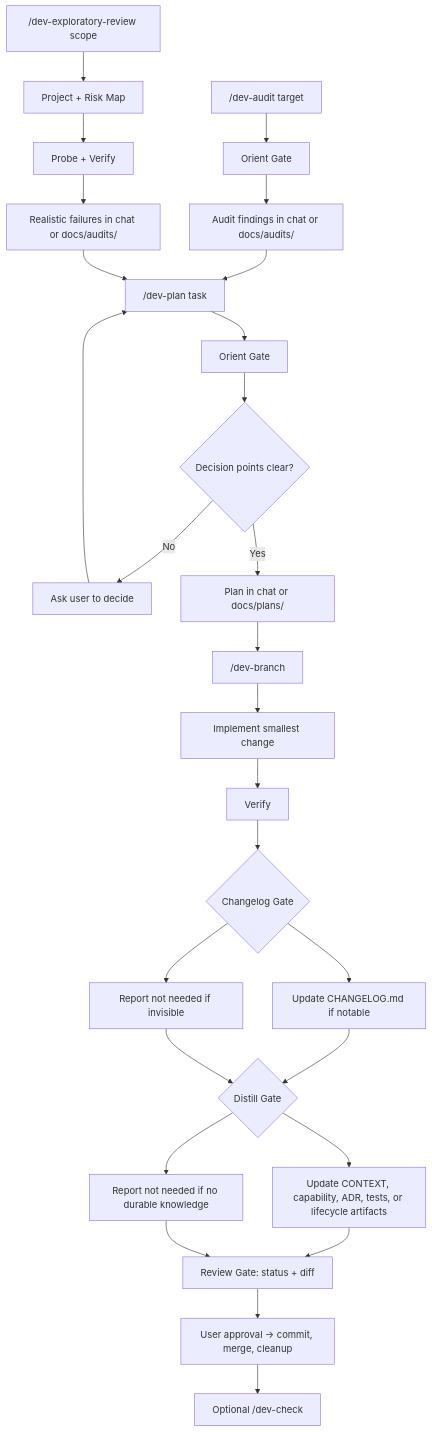
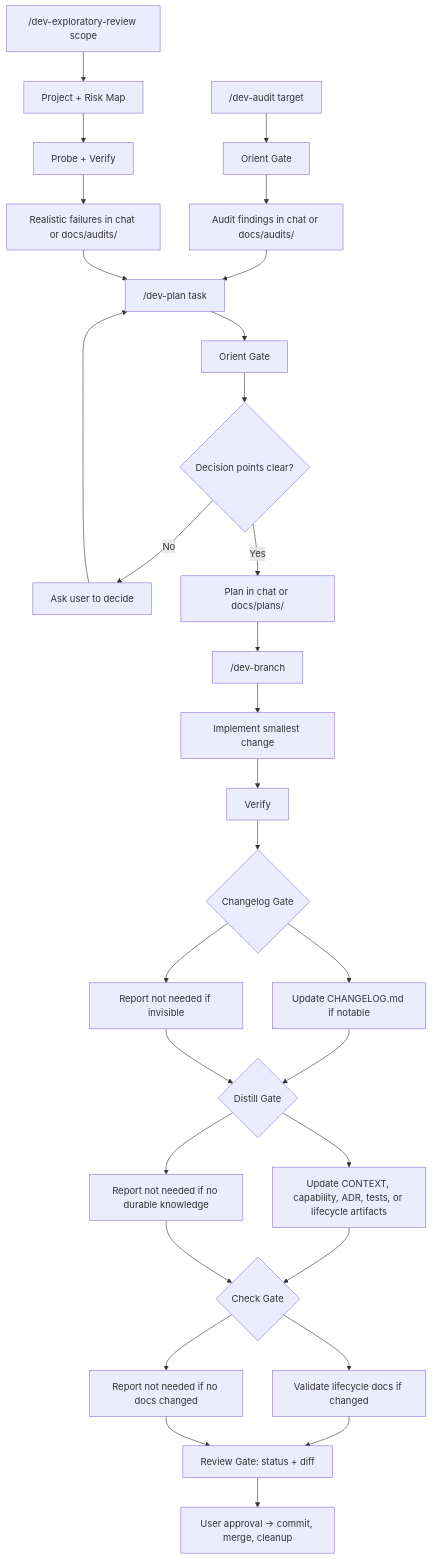
The diagram in README.md (cuber-hyk/dev-flow), drawn with Mermaid before and after one commit. The commit also changed other lines of this file and 33 other files, not shown here.

Commit message:
Harden Dev Flow audit lifecycle gates

````diff
--- a/README.md
+++ b/README.md
@@ -75,32 +75,35 @@
 ```mermaid
 flowchart TD
   P["/dev-plan task"] --> PO["Orient Gate"]
   PO --> PD{"Decision points clear?"}
   PD -- "No" --> U["Ask user to decide"]
   U --> P
   PD -- "Yes" --> PF["Plan in chat or docs/plans/"]
   PF --> B["/dev-branch"]
 
   A["/dev-audit target"] --> AO["Orient Gate"]
   AO --> AR["Audit findings in chat or docs/audits/"]
   AR --> P
 
   E["/dev-exploratory-review scope"] --> EM["Project + Risk Map"]
   EM --> EV["Probe + Verify"]
   EV --> ER["Realistic failures in chat or docs/audits/"]
   ER --> P
 
   B --> I["Implement smallest change"]
   I --> V["Verify"]
   V --> C{"Changelog Gate"}
   C --> CU["Update CHANGELOG.md if notable"]
   C --> CN["Report not needed if invisible"]
   CU --> D{"Distill Gate"}
   CN --> D
   D --> DU["Update CONTEXT, capability, ADR, tests, or lifecycle artifacts"]
   D --> DN["Report not needed if no durable knowledge"]
-  DU --> R["Review Gate: status + diff"]
-  DN --> R
+  DU --> K{"Check Gate"}
+  DN --> K
+  K --> KP["Validate lifecycle docs if changed"]
+  K --> KN["Report not needed if no docs changed"]
+  KP --> R["Review Gate: status + diff"]
+  KN --> R
   R --> M["User approval -> commit, merge, cleanup"]
-  M --> K["Optional /dev-check"]
 ```
````
